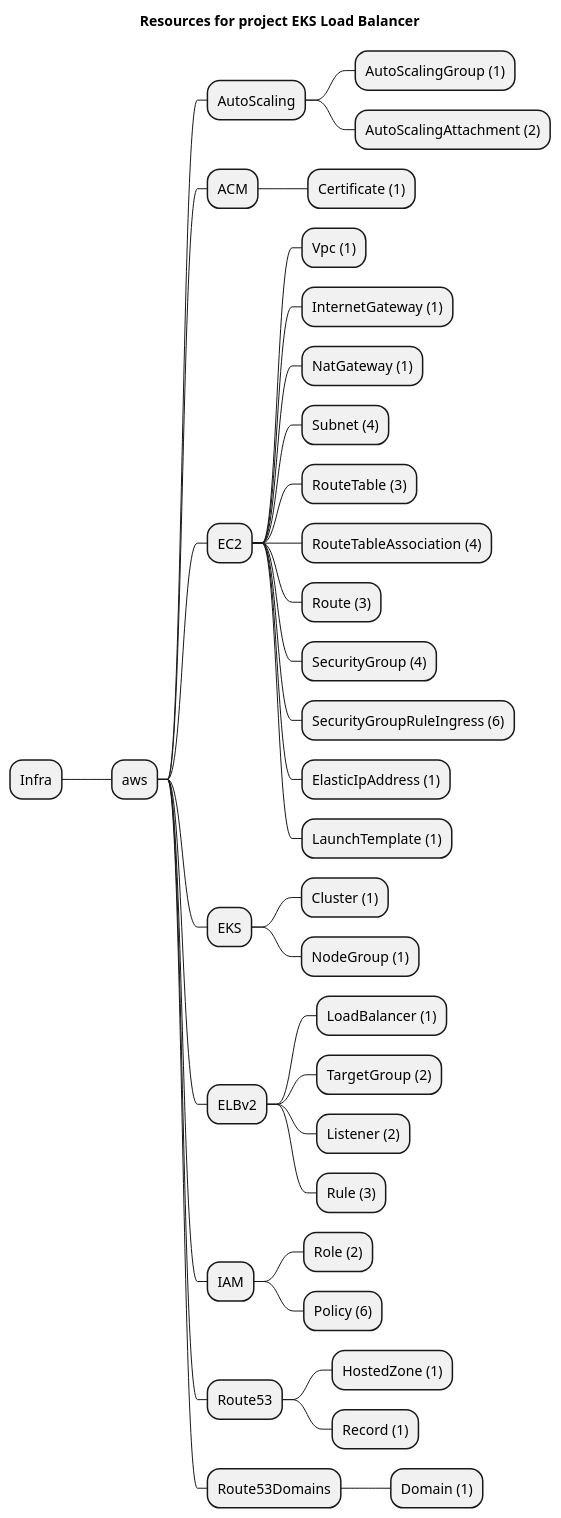
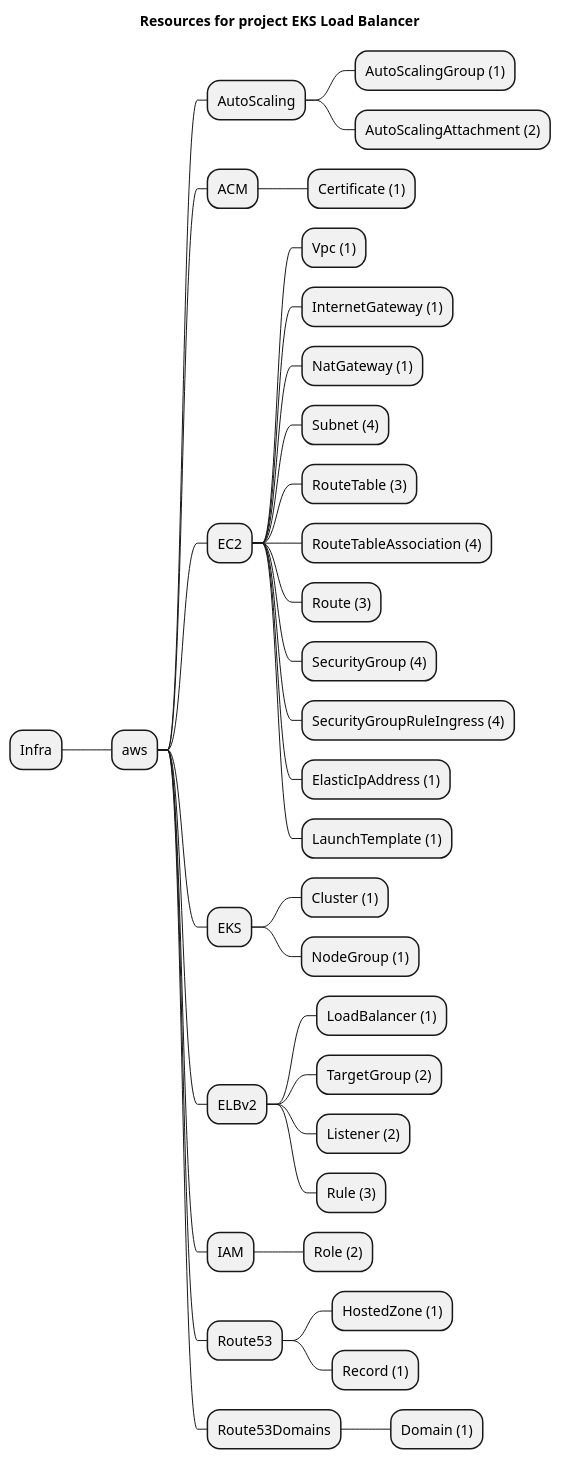
The diagram in examples/aws/EKS/eks-load-balancer/artifacts/resources-mindmap.puml (grucloud/grucloud), drawn with PlantUML before and after one commit. The commit also changed 969 other files, not shown here.

```diff
--- a/examples/aws/EKS/eks-load-balancer/artifacts/resources-mindmap.puml
+++ b/examples/aws/EKS/eks-load-balancer/artifacts/resources-mindmap.puml
@@ -1,39 +1,38 @@
 @startmindmap
 title Resources for project EKS Load Balancer
 skinparam monochrome true
 + Infra
 ++ aws
 +++ AutoScaling
 ++++ AutoScalingGroup (1)
 ++++ AutoScalingAttachment (2)
 +++ ACM
 ++++ Certificate (1)
 +++ EC2
 ++++ Vpc (1)
 ++++ InternetGateway (1)
 ++++ NatGateway (1)
 ++++ Subnet (4)
 ++++ RouteTable (3)
 ++++ RouteTableAssociation (4)
 ++++ Route (3)
 ++++ SecurityGroup (4)
-++++ SecurityGroupRuleIngress (6)
+++++ SecurityGroupRuleIngress (4)
 ++++ ElasticIpAddress (1)
 ++++ LaunchTemplate (1)
 +++ EKS
 ++++ Cluster (1)
 ++++ NodeGroup (1)
 +++ ELBv2
 ++++ LoadBalancer (1)
 ++++ TargetGroup (2)
 ++++ Listener (2)
 ++++ Rule (3)
 +++ IAM
 ++++ Role (2)
-++++ Policy (6)
 +++ Route53
 ++++ HostedZone (1)
 ++++ Record (1)
 +++ Route53Domains
 ++++ Domain (1)
 @endmindmap
```
